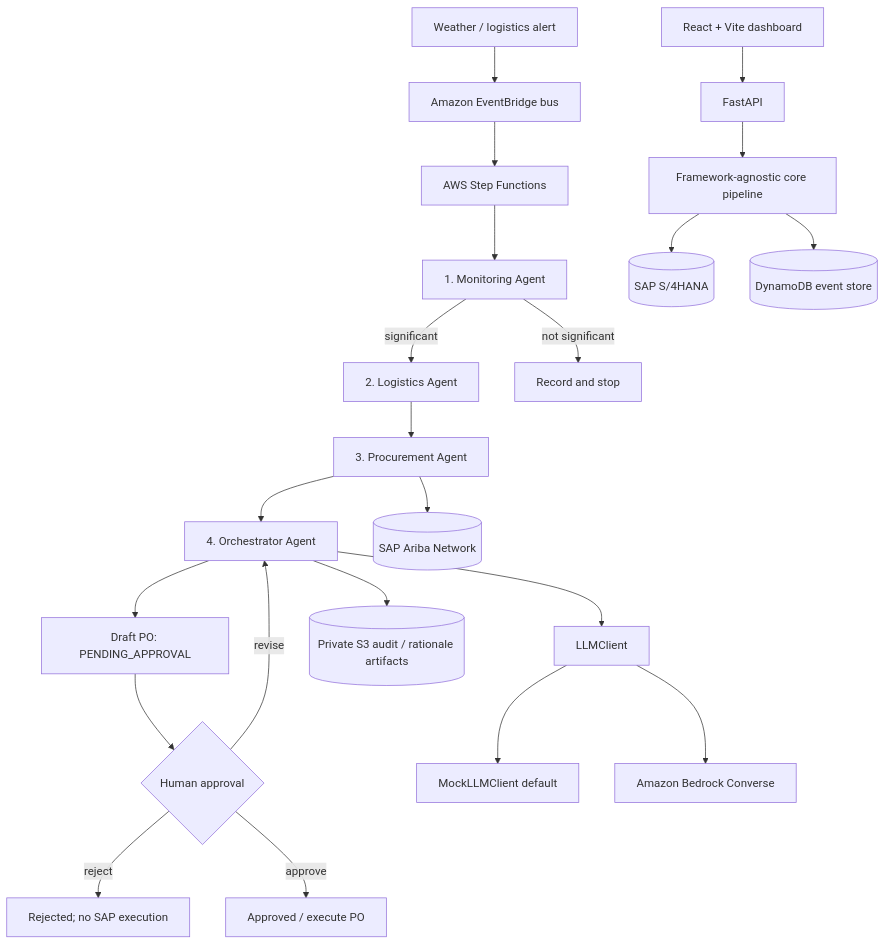
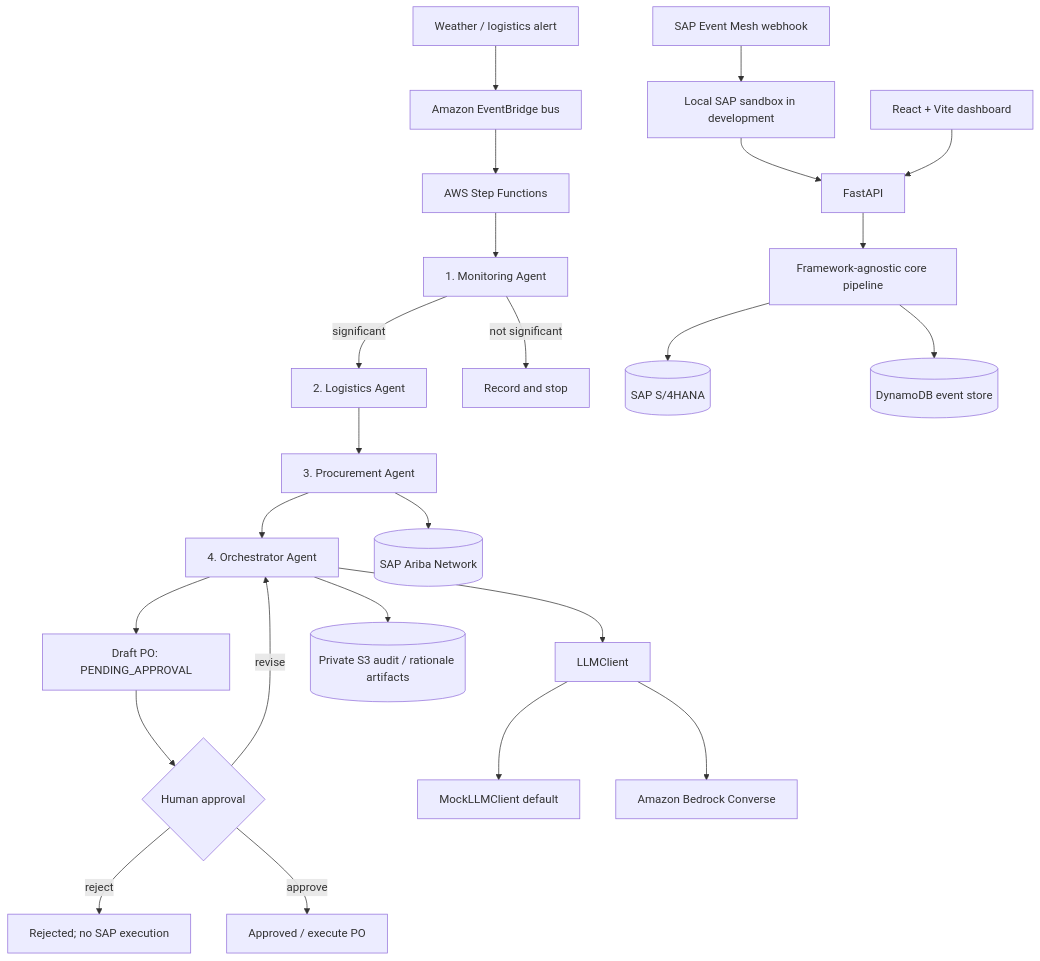
The diagram in docs/architecture.md (Erlangga31/ChainMind), drawn with Mermaid before and after one commit. The commit also changed other lines of this file and 13 other files, not shown here.

Commit message:
feat(sandbox): simulate SAP OData Ariba and approvals

````diff
--- a/docs/architecture.md
+++ b/docs/architecture.md
@@ -5,24 +5,26 @@
 ```mermaid
 flowchart TD
     Ext[Weather / logistics alert] --> EB[Amazon EventBridge bus]
+    SAPEvents[SAP Event Mesh webhook] --> Sandbox[Local SAP sandbox in development]
+    Sandbox --> API
     UI[React + Vite dashboard] --> API[FastAPI]
     API --> Core[Framework-agnostic core pipeline]
     EB --> SF[AWS Step Functions]
     SF --> M[1. Monitoring Agent]
     M -->|significant| L[2. Logistics Agent]
     M -->|not significant| Stop[Record and stop]
     L --> P[3. Procurement Agent]
     P --> O[4. Orchestrator Agent]
     O --> Draft[Draft PO: PENDING_APPROVAL]
     Draft --> Human{Human approval}
     Human -->|revise| O
     Human -->|reject| Rejected[Rejected; no SAP execution]
     Human -->|approve| Execute[Approved / execute PO]
     Core --> SAP[(SAP S/4HANA)]
     P --> Ariba[(SAP Ariba Network)]
     O --> LLM[LLMClient]
     LLM --> MockLLM[MockLLMClient default]
     LLM --> Bedrock[Amazon Bedrock Converse]
     Core --> Store[(DynamoDB event store)]
     O --> Audit[(Private S3 audit / rationale artifacts)]
 ```
````
